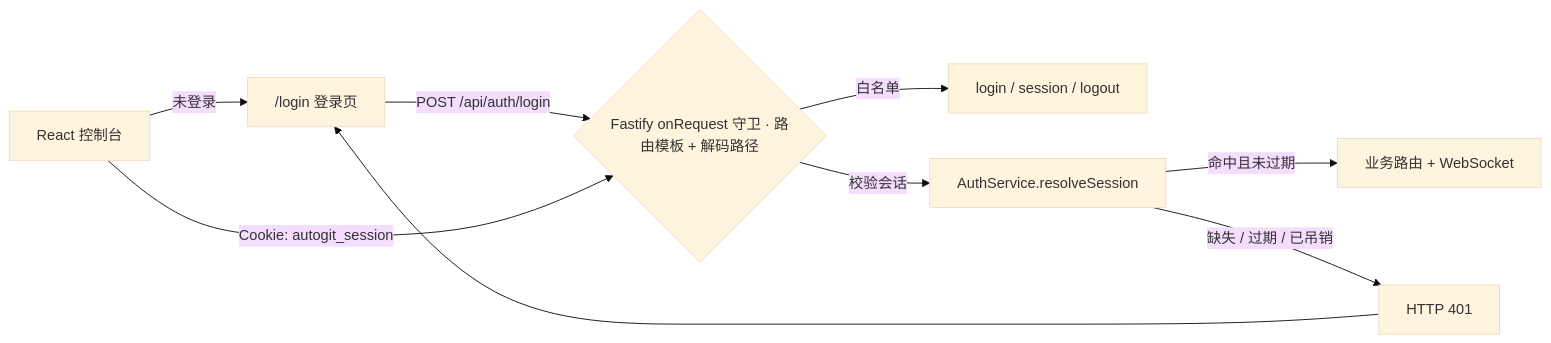
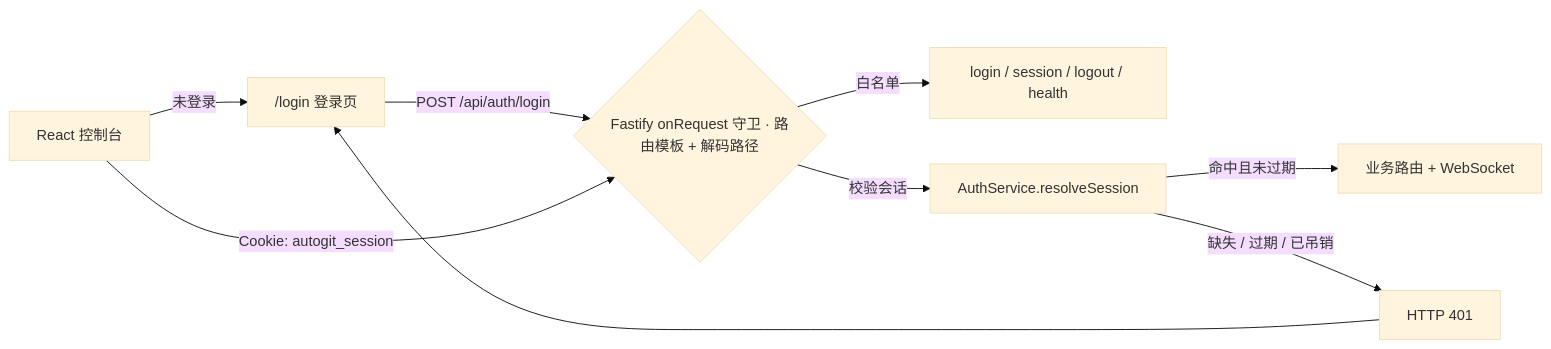
One commit to yourmoln/autogit changed the third of 3 diagrams in docs/ARCHITECTURE.md. Above: the diagram before and after it, drawn with Mermaid (base theme). The commit also changed other lines of this file and 10 other files, not shown here.

````diff
--- a/docs/ARCHITECTURE.md
+++ b/docs/ARCHITECTURE.md
@@ -157,11 +157,11 @@
 ```mermaid
 flowchart LR
     UI[React 控制台] -->|未登录| LOGIN["/login 登录页"]
     LOGIN -->|POST /api/auth/login| GUARD
     UI -->|"Cookie: autogit_session"| GUARD{"Fastify onRequest 守卫 · 路由模板 + 解码路径"}
-    GUARD -->|白名单| PUBLIC[login / session / logout]
+    GUARD -->|白名单| PUBLIC[login / session / logout / health]
     GUARD -->|校验会话| AUTH[AuthService.resolveSession]
     AUTH -->|命中且未过期| ROUTE[业务路由 + WebSocket]
     AUTH -->|缺失 / 过期 / 已吊销| E401[HTTP 401]
     E401 --> LOGIN
 ```
````
